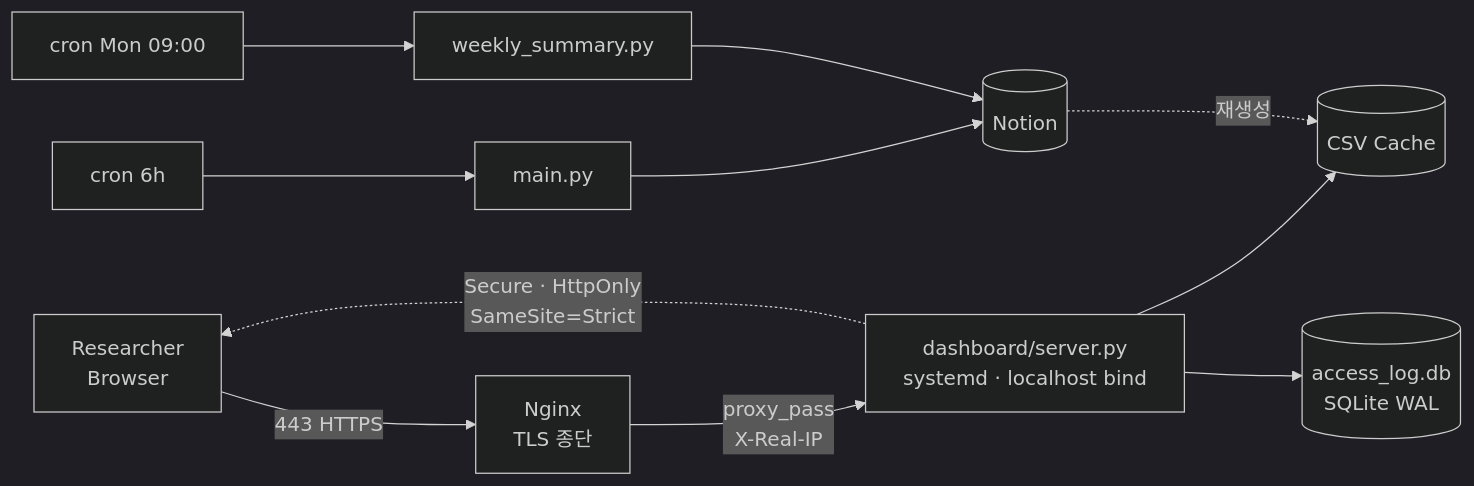
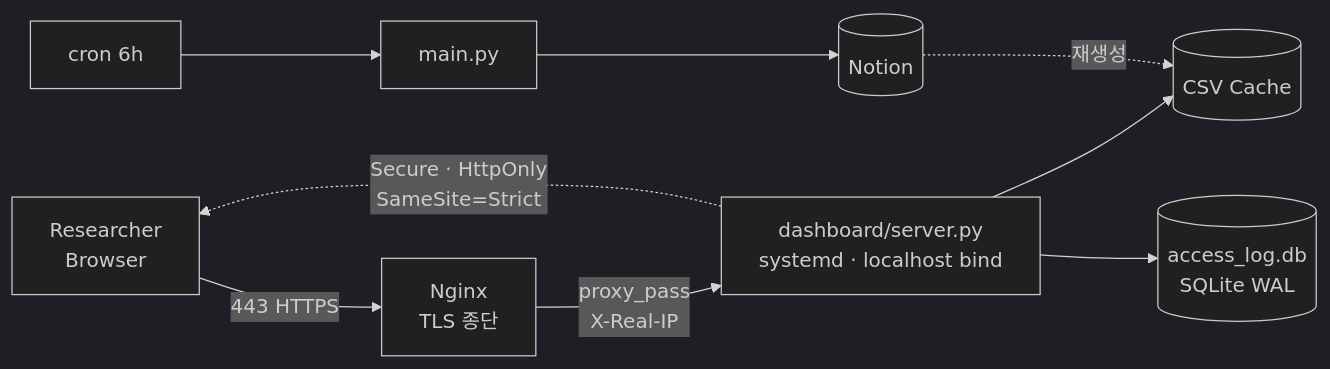
One commit to hydrochan/get-ASAP changed the third of 3 diagrams in README.md. Above: the diagram before and after it, drawn with Mermaid (dark theme). The commit also changed 1 other file, not shown here.

Commit message:
chore: weekly_summary 제거 (사용 중단)
- weekly_summary.py 삭제
- README의 cron Mon 09:00 분기 제거
- 서버 crontab 및 logs/weekly.log 정리 완료

````diff
--- a/README.md
+++ b/README.md
@@ -112,13 +112,12 @@
 ```mermaid
 flowchart LR
     U["Researcher<br/>Browser"] -->|443 HTTPS| NG["Nginx<br/>TLS 종단"]
     NG -->|proxy_pass<br/>X-Real-IP| APP["dashboard/server.py<br/>systemd · localhost bind"]
     APP --> CSV[(CSV Cache)]
     APP --> DB[(access_log.db<br/>SQLite WAL)]
     APP -.->|Secure · HttpOnly<br/>SameSite=Strict| U
 
     CRON["cron 6h"] --> MAIN[main.py]
     MAIN --> NOTION[(Notion)]
     NOTION -.->|재생성| CSV
-    WK["cron Mon 09:00"] --> WS[weekly_summary.py] --> NOTION
 ```
````
